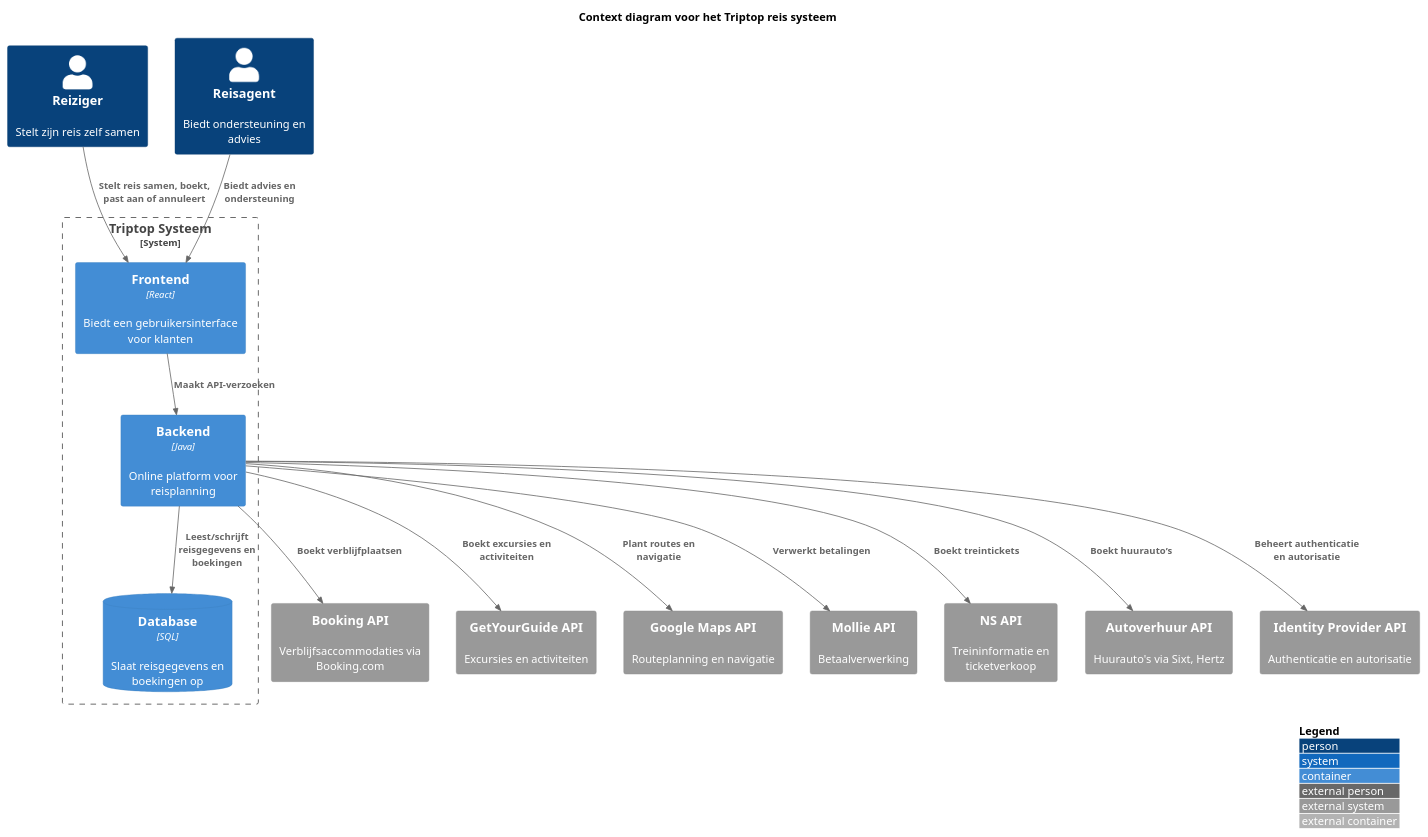
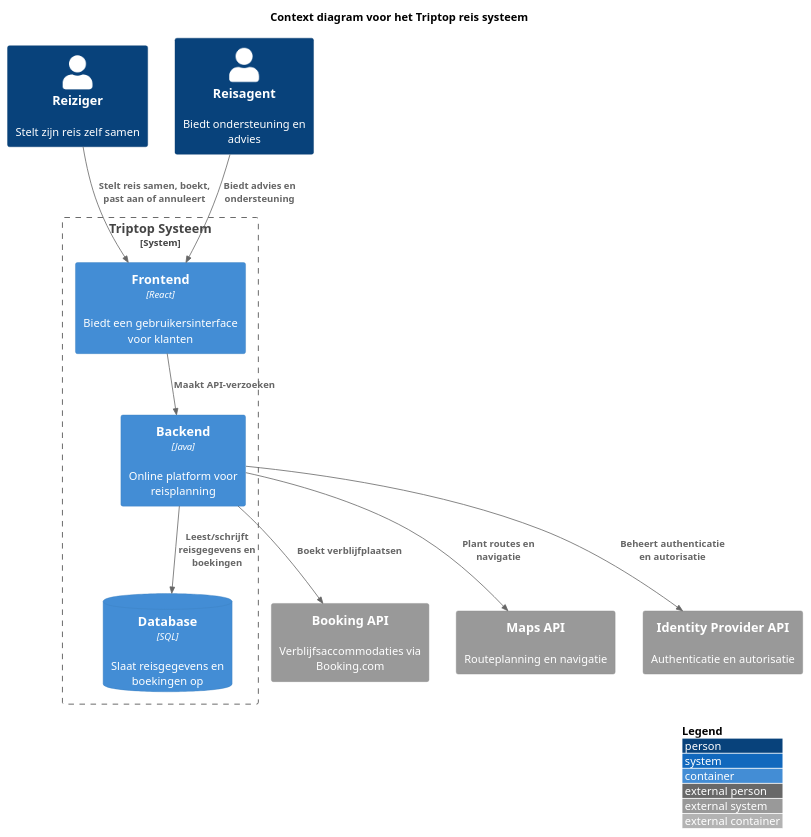
One commit to AIM-ENE-feb25/triptop-groep-b3 changed the diagram in opdracht-diagrammen/les3/individueel-container-driagram.puml. Above: the diagram before and after it, drawn with PlantUML.

Commit message:
container diagram met gevonden apis

```diff
--- a/opdracht-diagrammen/les3/individueel-container-driagram.puml
+++ b/opdracht-diagrammen/les3/individueel-container-driagram.puml
@@ -1,39 +1,31 @@
 @startuml
 !include <C4/C4>
 !include <C4/C4_Context>
 !include <C4/C4_Container>
 
 LAYOUT_WITH_LEGEND()
 
 title Context diagram voor het Triptop reis systeem
 
 Person(reiziger, "Reiziger", "Stelt zijn reis zelf samen")
 Person(reisagent, "Reisagent", "Biedt ondersteuning en advies")
 
 System_Boundary(triptop, "Triptop Systeem") {
     Container(frontend, "Frontend", "React", "Biedt een gebruikersinterface voor klanten")
     Container(backend, "Backend", "Java", "Online platform voor reisplanning")
     ContainerDb(database, "Database", "SQL", "Slaat reisgegevens en boekingen op")
 }
 
 System_Ext(bookingAPI, "Booking API", "Verblijfsaccommodaties via Booking.com")
-System_Ext(getYourGuideAPI, "GetYourGuide API", "Excursies en activiteiten")
-System_Ext(googleMapsAPI, "Google Maps API", "Routeplanning en navigatie")
-System_Ext(mollieAPI, "Mollie API", "Betaalverwerking")
-System_Ext(nsAPI, "NS API", "Treininformatie en ticketverkoop")
-System_Ext(rentalCarAPI, "Autoverhuur API", "Huurauto's via Sixt, Hertz")
+System_Ext(MapsAPI, "Maps API", "Routeplanning en navigatie")
 System_Ext(identityProviderAPI, "Identity Provider API", "Authenticatie en autorisatie")
 
 Rel(reiziger, frontend, "Stelt reis samen, boekt, past aan of annuleert")
 Rel(reisagent, frontend, "Biedt advies en ondersteuning")
 Rel(frontend, backend, "Maakt API-verzoeken")
 Rel(backend, database, "Leest/schrijft reisgegevens en boekingen")
 Rel(backend, bookingAPI, "Boekt verblijfplaatsen")
-Rel(backend, getYourGuideAPI, "Boekt excursies en activiteiten")
-Rel(backend, googleMapsAPI, "Plant routes en navigatie")
-Rel(backend, mollieAPI, "Verwerkt betalingen")
-Rel(backend, nsAPI, "Boekt treintickets")
-Rel(backend, rentalCarAPI, "Boekt huurauto’s")
+Rel(backend, MapsAPI, "Plant routes en navigatie")
 Rel(backend, identityProviderAPI, "Beheert authenticatie en autorisatie")
 
 @enduml
```
